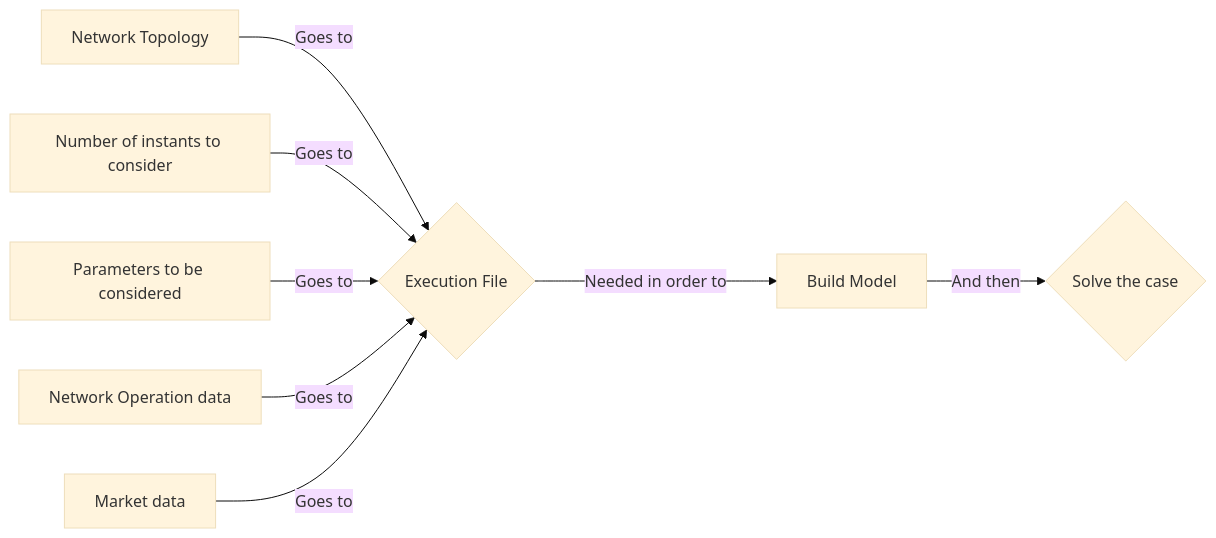
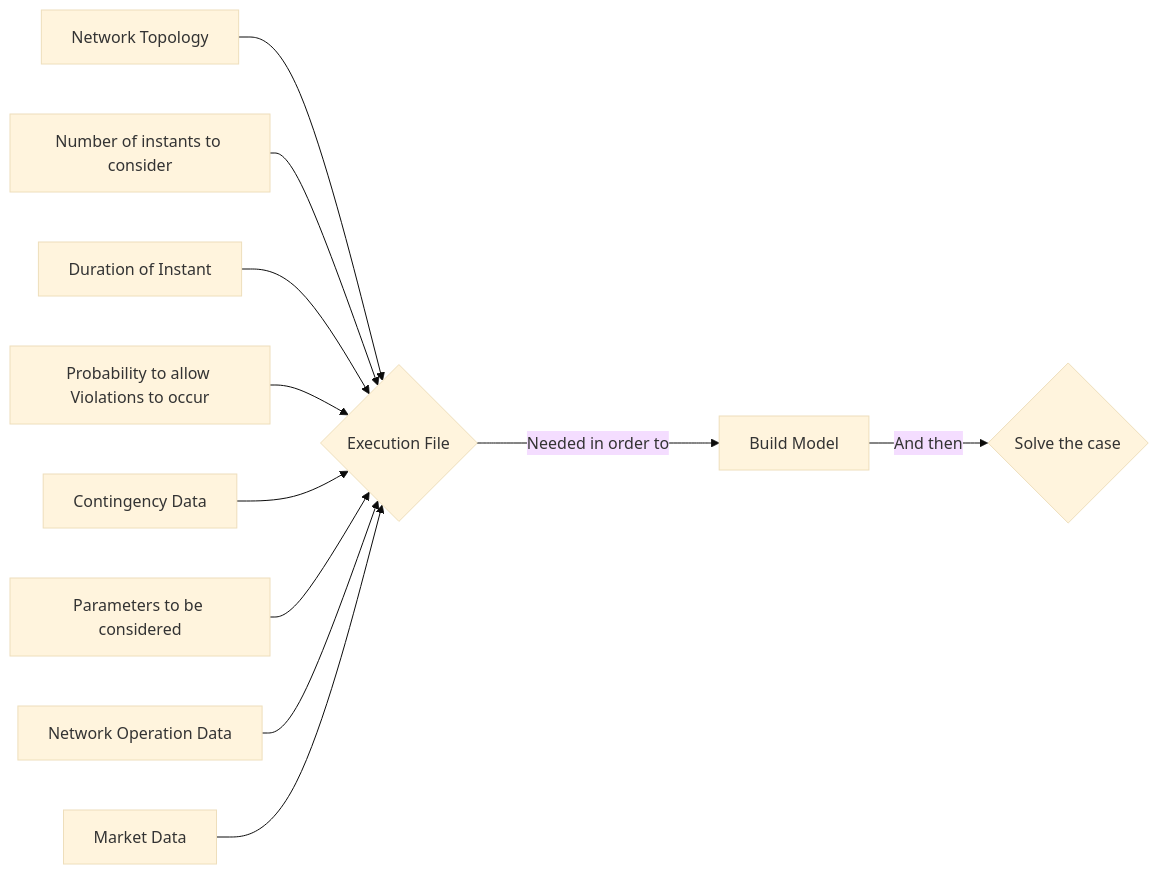
The diagram in docs/directory.md (Di0g0Reis/Grid_Tools-Documentation), drawn with Mermaid (base theme) before and after one commit. The commit also changed other lines of this file, not shown here.

````diff
--- a/docs/directory.md
+++ b/docs/directory.md
@@ -37,10 +61,13 @@
 ``` mermaid
 graph LR
-   B[Network Topology] --> |Goes to| A{Execution File};
-  C[Number of instants to consider] --> |Goes to| A;
-  D[Parameters to be considered] --> |Goes to| A;
-  E[Network Operation data] --> |Goes to| A;
-  F[Market data] --> |Goes to| A;
-  A ---> |Needed in order to| G[Build Model];
-  G --> |And then| H{Solve the case};
+   B[Network Topology] -->  A{Execution File};
+  C[Number of instants to consider] -->  A;
+  D[Duration of Instant] --> A;
+  E[Probability to allow Violations to occur] --> A;
+  F[Contingency Data] --> A;
+  G[Parameters to be considered] -->  A;
+  H[Network Operation Data] -->  A;
+  I[Market Data] -->  A;
+  A ---> |Needed in order to| J[Build Model];
+  J --> |And then| K{Solve the case};
 ```
````
